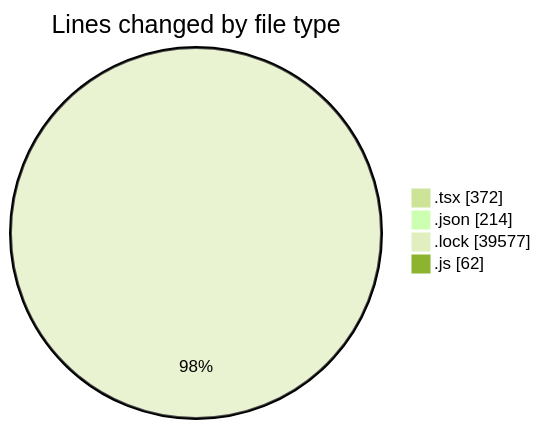
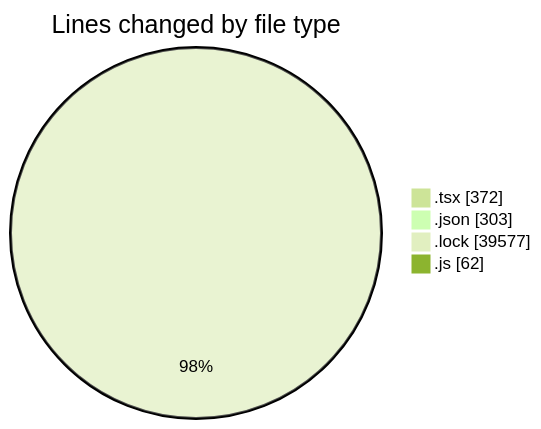
The first of 2 diagrams in 2025-03-10/cda/README.md (momahboobian/code-tracking), drawn with Mermaid (forest theme) before and after one commit. The commit also changed other lines of this file and 1 other file, not shown here.

````diff
--- a/2025-03-10/cda/README.md
+++ b/2025-03-10/cda/README.md
@@ -28,8 +29,8 @@
 ```mermaid
 pie showData
 title Lines changed by file type
 ".tsx" : 372
-".json" : 214
+".json" : 303
 ".lock" : 39577
 ".js" : 62
 ```
````
